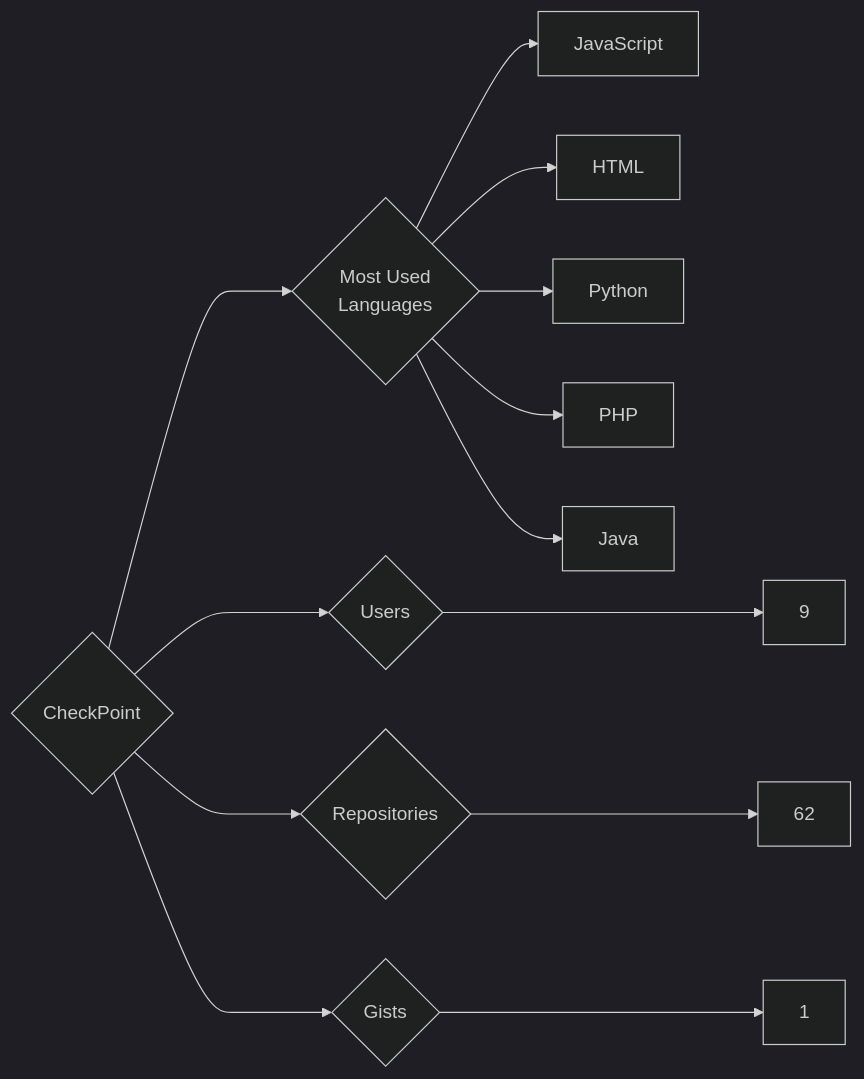
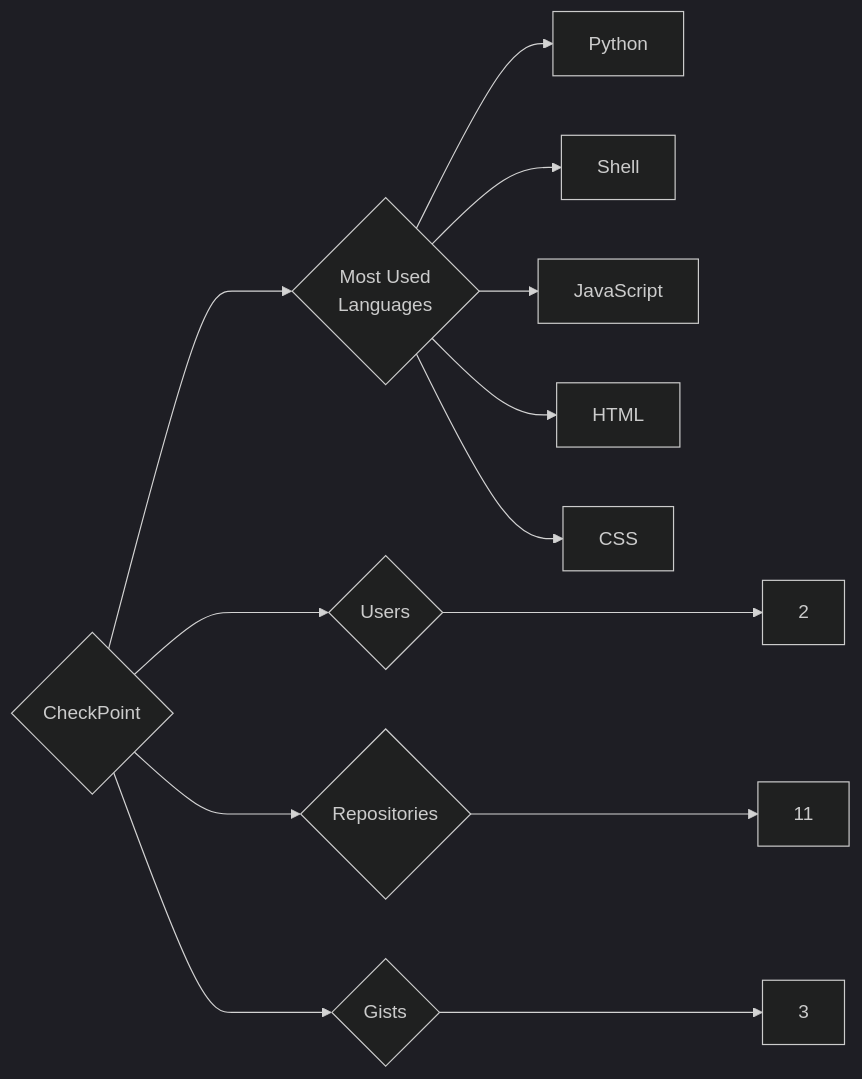
The diagram in targets/CheckPoint/README.md (trickest/insiders), drawn with Mermaid (dark theme) before and after one commit. The commit also changed 757 other files, not shown here.

````diff
--- a/targets/CheckPoint/README.md
+++ b/targets/CheckPoint/README.md
@@ -3,13 +3,13 @@
 ```mermaid
 graph LR
 COMPANY_NAME{CheckPoint}
-COMPANY_NAME ---> U{Users} ---> UN[9]
-COMPANY_NAME ---> R{Repositories} ---> RN[62]
-COMPANY_NAME ---> G{Gists} ---> GN[1]
+COMPANY_NAME ---> U{Users} ---> UN[2]
+COMPANY_NAME ---> R{Repositories} ---> RN[11]
+COMPANY_NAME ---> G{Gists} ---> GN[3]
 COMPANY_NAME ---> ML{Most Used<br>Languages}
+ML --> Python[Python]
+ML --> Shell[Shell]
 ML --> JavaScript[JavaScript]
 ML --> HTML[HTML]
-ML --> Python[Python]
-ML --> PHP[PHP]
-ML --> Java[Java]
+ML --> CSS[CSS]
 ```
````
